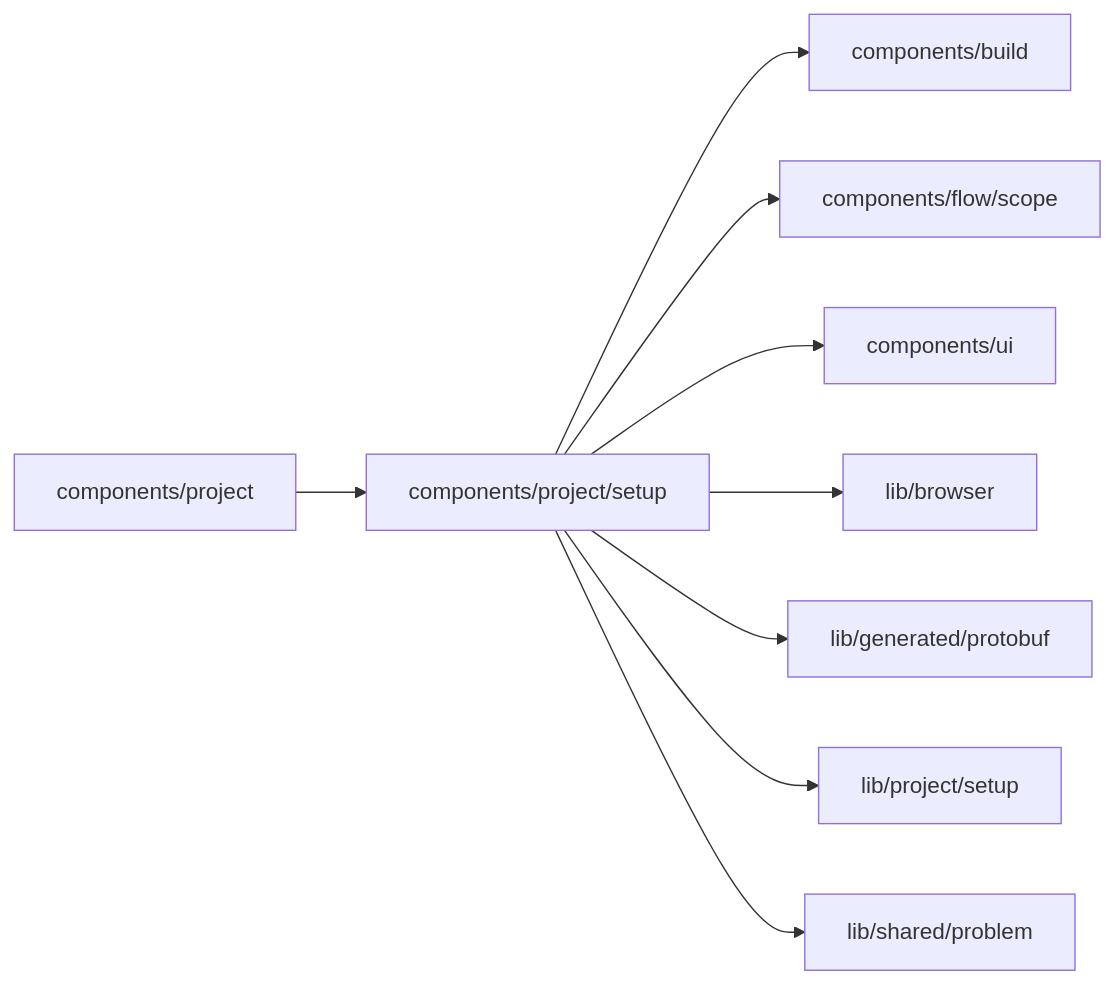
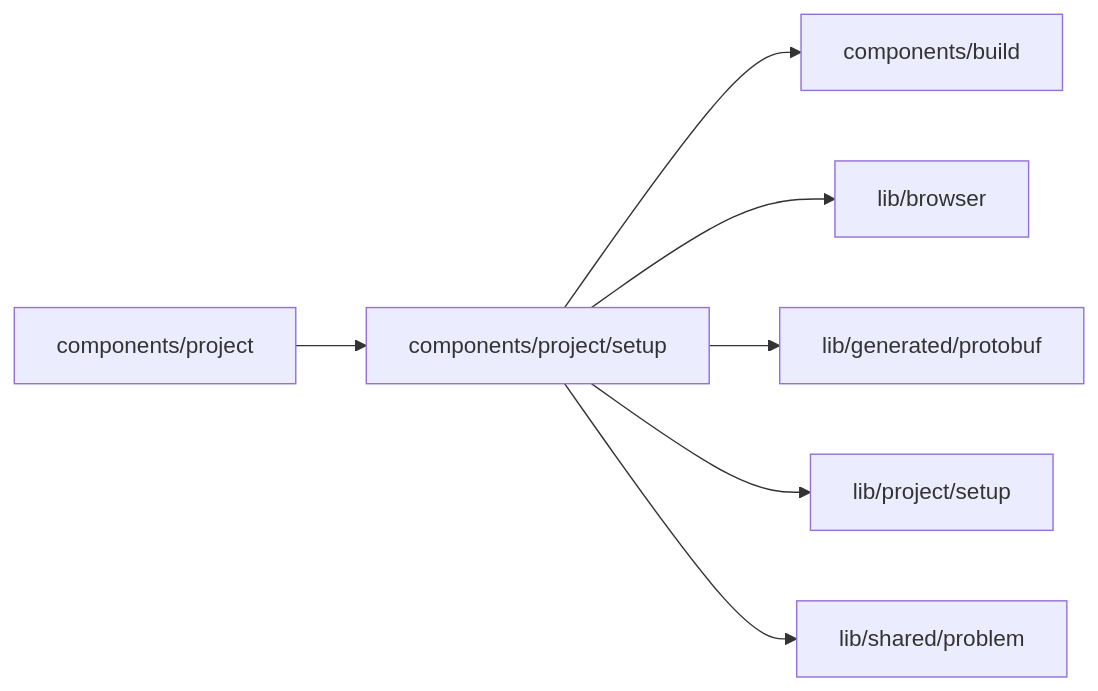
Before and after one commit to superdurable/superverse: the diagram in web/studio/components/project/setup/README.md, drawn with Mermaid. The commit also changed other lines of this file and 64 other files, not shown here.

````diff
--- a/web/studio/components/project/setup/README.md
+++ b/web/studio/components/project/setup/README.md
@@ -10,12 +10,10 @@
 ```mermaid
 flowchart LR
   self["components/project/setup"]
   c0["components/project"] --> self
   self --> d0["components/build"]
-  self --> d1["components/flow/scope"]
-  self --> d2["components/ui"]
-  self --> d3["lib/browser"]
-  self --> d4["lib/generated/protobuf"]
-  self --> d5["lib/project/setup"]
-  self --> d6["lib/shared/problem"]
+  self --> d1["lib/browser"]
+  self --> d2["lib/generated/protobuf"]
+  self --> d3["lib/project/setup"]
+  self --> d4["lib/shared/problem"]
 ```
````
